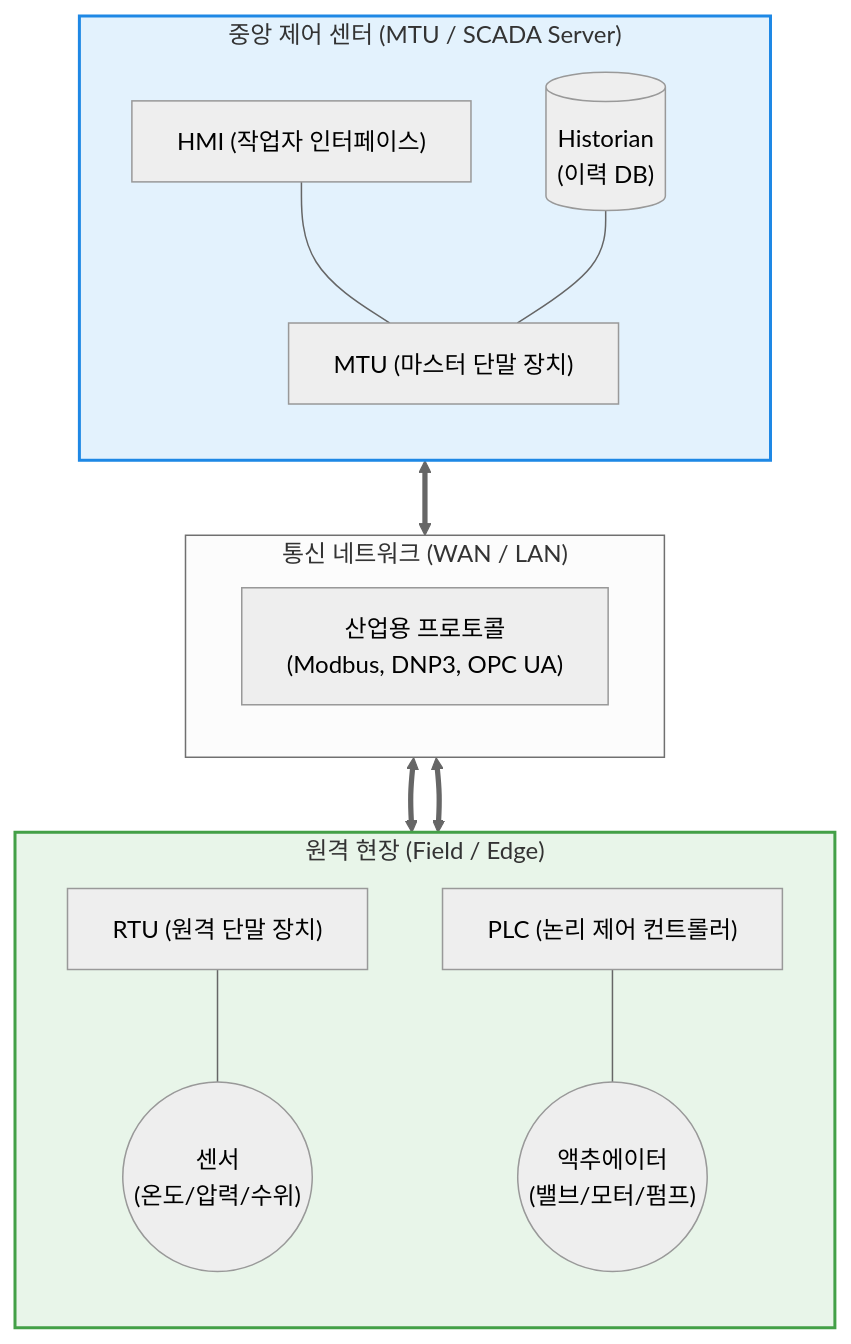
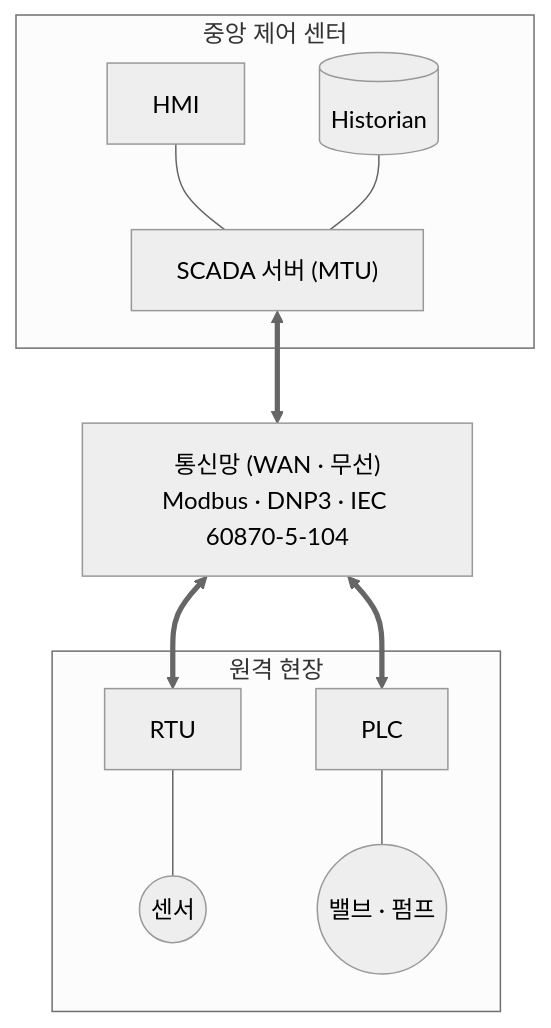
The diagram in content/01_IT Tech/SCADA (Supervisory Control and Data Acquisition).md (supremethumb/supremethumb.github.io), drawn with Mermaid (neutral theme) before and after one commit. The commit also changed other lines of this file and 1087 other files, not shown here.

````diff
--- a/content/01_IT Tech/SCADA (Supervisory Control and Data Acquisition).md
+++ b/content/01_IT Tech/SCADA (Supervisory Control and Data Acquisition).md
@@ -27,34 +35,22 @@
 ```mermaid
 flowchart TD
-    subgraph Control_Center ["중앙 제어 센터 (MTU / SCADA Server)"]
-        direction TB
-        HMI["HMI (작업자 인터페이스)"]
-        Historian[("Historian<br/>(이력 DB)")]
-        MTU["MTU (마스터 단말 장치)"]
+    subgraph Center ["중앙 제어 센터"]
+        HMI["HMI"]
+        Historian[("Historian")]
+        MTU["SCADA 서버 (MTU)"]
         HMI --- MTU
         Historian --- MTU
     end
-
-    subgraph Communication ["통신 네트워크 (WAN / LAN)"]
-        direction LR
-        Comm["산업용 프로토콜<br/>(Modbus, DNP3, OPC UA)"]
-    end
-
-    subgraph Field_Site ["원격 현장 (Field / Edge)"]
-        direction TB
-        RTU["RTU (원격 단말 장치)"]
-        PLC["PLC (논리 제어 컨트롤러)"]
-        Sensor(("센서<br/>(온도/압력/수위)"))
-        Actuator(("액추에이터<br/>(밸브/모터/펌프)"))
-        
+    Comm["통신망 (WAN · 무선)<br/>Modbus · DNP3 · IEC 60870-5-104"]
+    subgraph Field ["원격 현장"]
+        RTU["RTU"]
+        PLC["PLC"]
+        Sensor(("센서"))
+        Actuator(("밸브 · 펌프"))
         RTU --- Sensor
         PLC --- Actuator
     end
-
     MTU <==> Comm
-    Comm <==> RTU & PLC
-    
-    style Control_Center fill:#e3f2fd,stroke:#1e88e5,stroke-width:2px
-    style Field_Site fill:#e8f5e9,stroke:#43a047,stroke-width:2px
-
+    Comm <==> RTU
+    Comm <==> PLC
 ```
````
